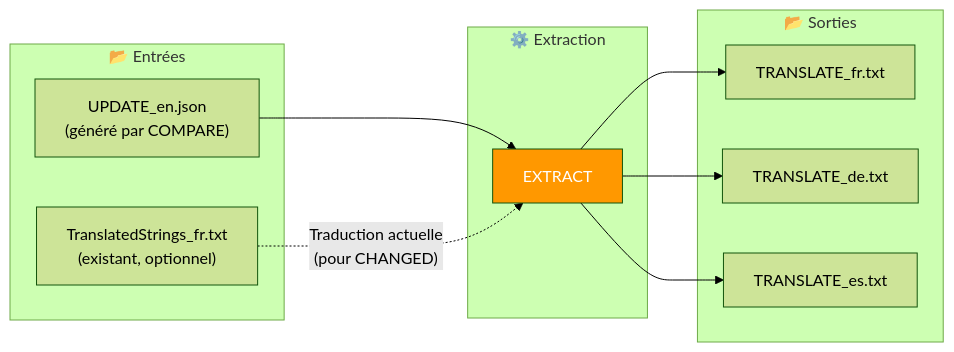
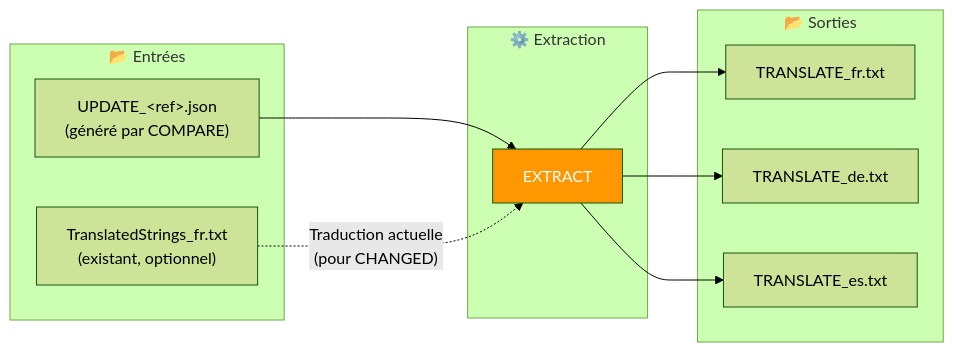
The first of 2 diagrams in tools/translator/__doc__/fr/commandes/EXTRACT.md (Gotcha26/Adobe_Lightroom_Translation_Plugins_Kit), drawn with Mermaid (forest theme) before and after one commit. The commit also changed other lines of this file and 28 other files, not shown here.

````diff
--- a/tools/translator/__doc__/fr/commandes/EXTRACT.md
+++ b/tools/translator/__doc__/fr/commandes/EXTRACT.md
@@ -17,23 +17,23 @@
 ```mermaid
 flowchart LR
     subgraph Input["📂 Entrées"]
-        I1["UPDATE_en.json<br/>(généré par COMPARE)"]
+        I1["UPDATE_&lt;ref&gt;.json<br/>(généré par COMPARE)"]
         I2["TranslatedStrings_fr.txt<br/>(existant, optionnel)"]
     end
 
     subgraph Process["⚙️ Extraction"]
         P["EXTRACT"]
     end
 
     subgraph Output["📂 Sorties"]
         O1["TRANSLATE_fr.txt"]
         O2["TRANSLATE_de.txt"]
         O3["TRANSLATE_es.txt"]
     end
 
     I1 --> P
     I2 -.->|"Traduction actuelle<br/>(pour CHANGED)"| P
     P --> O1 & O2 & O3
 
     style P fill:#FF9800,color:#fff
 ```
````
